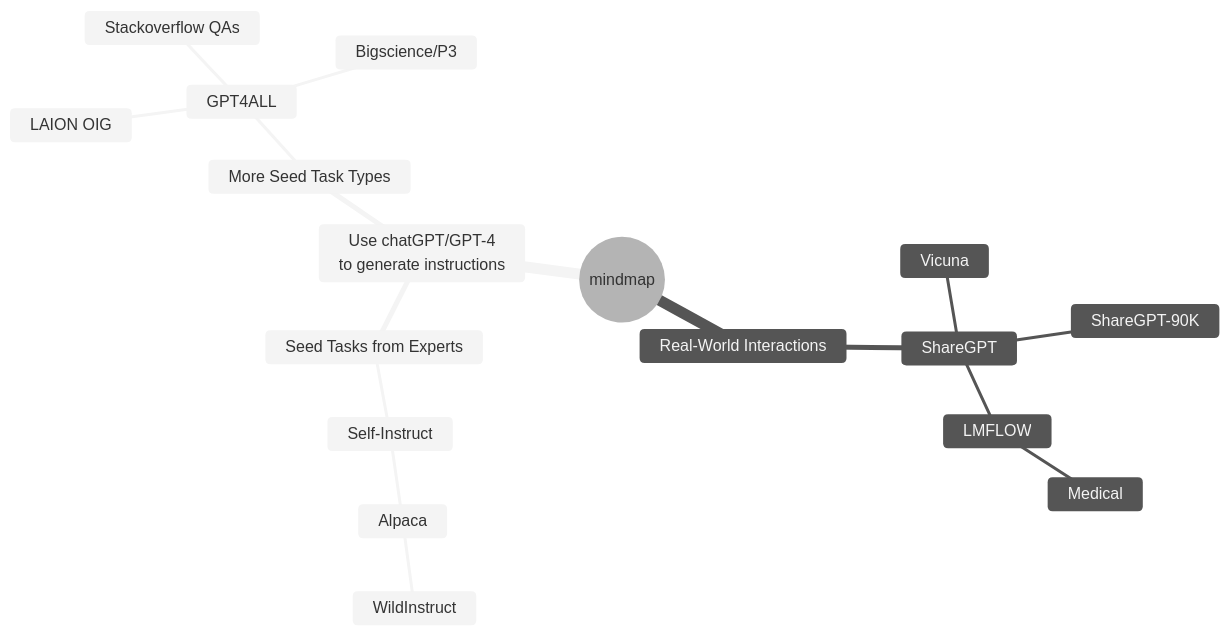
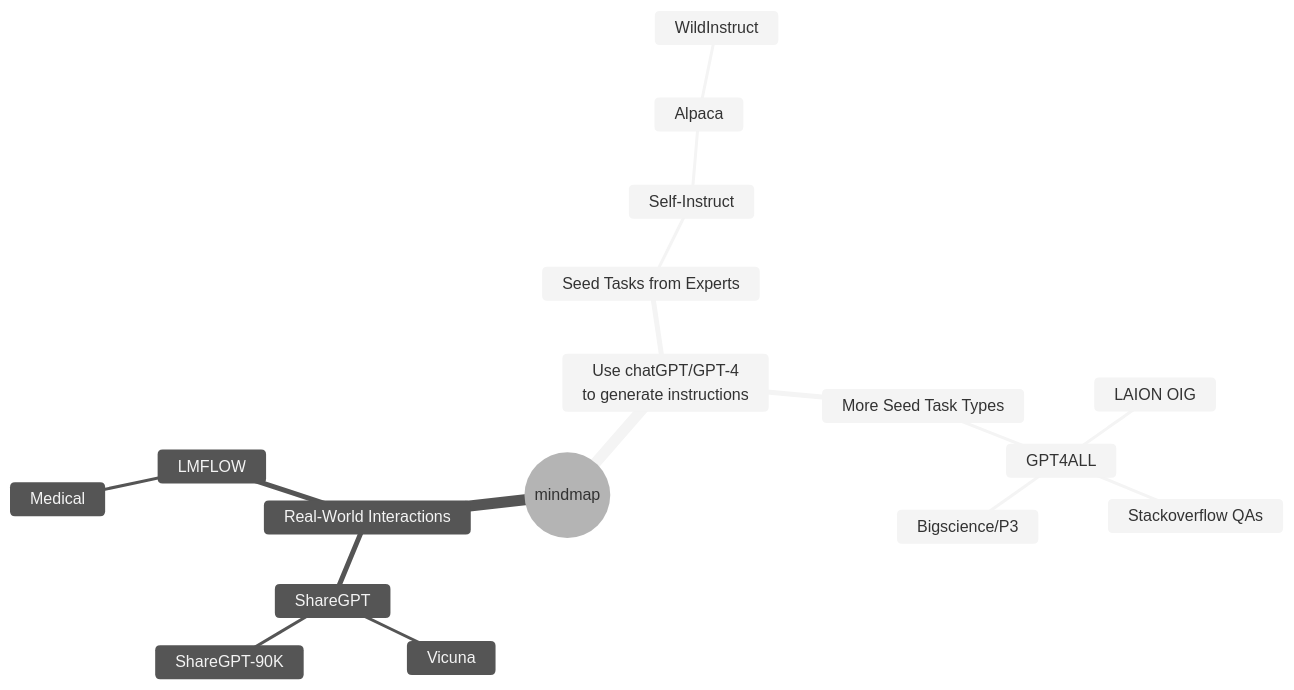
Before and after one commit to langbridgeai/Open-Instructions: the diagram in README.md, drawn with Mermaid (neutral theme).

````diff
--- a/README.md
+++ b/README.md
@@ -62,20 +62,20 @@
 ```mermaid
 mindmap
   root((mindmap))
     Use chatGPT/GPT-4<br/>to generate instructions
-      Seed Tasks from Experts
-        Self-Instruct
-          Alpaca
-            WildInstruct
-      More Seed Task Types
-        GPT4ALL
-          LAION OIG
-          Stackoverflow QAs
-          Bigscience/P3
+        Seed Tasks from Experts
+            Self-Instruct
+                Alpaca
+                    WildInstruct
+        More Seed Task Types
+            GPT4ALL
+                LAION OIG
+                Stackoverflow QAs
+                Bigscience/P3
     Real-World Interactions
-      ShareGPT
-        Vicuna
-        ShareGPT-90K
+        ShareGPT
+            Vicuna
+            ShareGPT-90K
         LMFLOW
-          Medical
+            Medical
 ```
````
